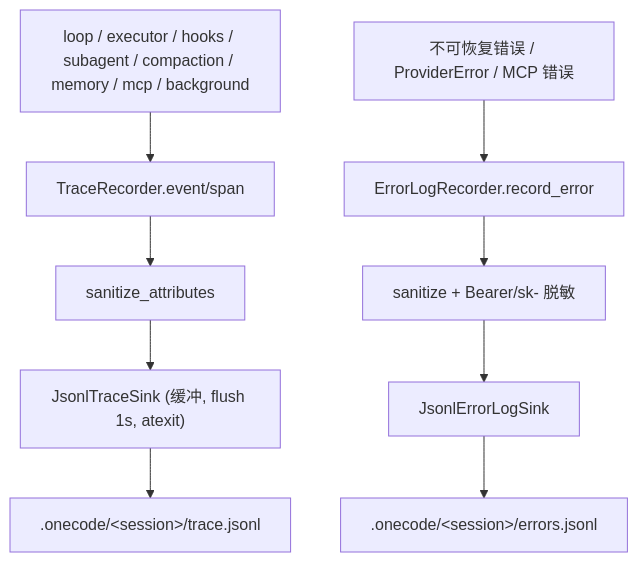
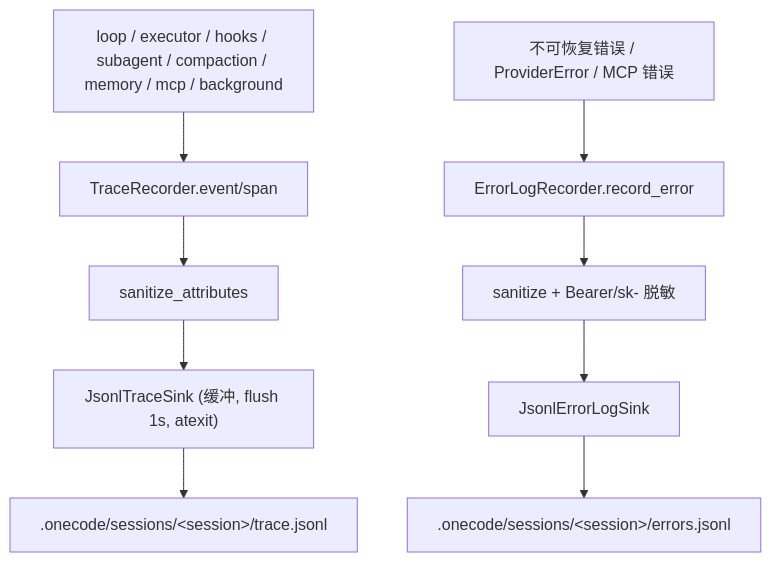
One commit to EtherealStar/OneCode changed the diagram in docs/design-docs/observability-architecture.md. Above: the diagram before and after it, drawn with Mermaid. The commit also changed other lines of this file and 22 other files, not shown here.

````diff
--- a/docs/design-docs/observability-architecture.md
+++ b/docs/design-docs/observability-architecture.md
@@ -45,12 +45,12 @@
 ```mermaid
 flowchart TD
   Loop["loop / executor / hooks / subagent / compaction / memory / mcp / background"] --> Rec["TraceRecorder.event/span"]
   Rec --> San["sanitize_attributes"]
   San --> Sink["JsonlTraceSink (缓冲, flush 1s, atexit)"]
-  Sink --> File[".onecode/&lt;session&gt;/trace.jsonl"]
+  Sink --> File[".onecode/sessions/&lt;session&gt;/trace.jsonl"]
 
   Err["不可恢复错误 / ProviderError / MCP 错误"] --> ErrRec["ErrorLogRecorder.record_error"]
   ErrRec --> San2["sanitize + Bearer/sk- 脱敏"]
   San2 --> ErrSink["JsonlErrorLogSink"]
-  ErrSink --> ErrFile[".onecode/&lt;session&gt;/errors.jsonl"]
+  ErrSink --> ErrFile[".onecode/sessions/&lt;session&gt;/errors.jsonl"]
 ```
````
